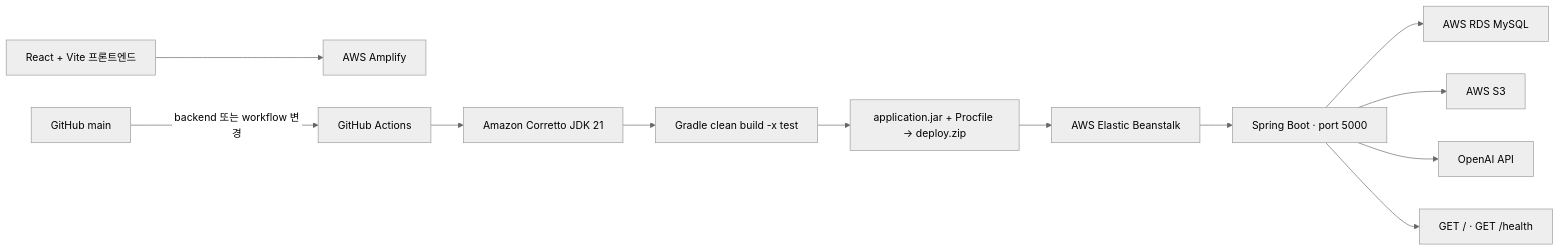
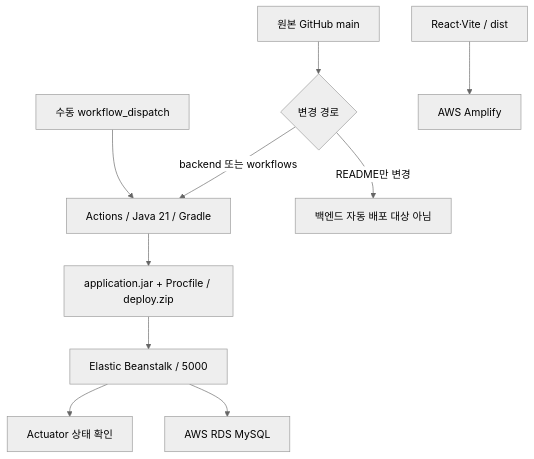
The fifth of 5 diagrams in README.md (junyeong2107/weather-of-the-heart-portfolio), drawn with Mermaid (neutral theme) before and after one commit. The commit also changed other lines of this file and 5 other files, not shown here.

````diff
--- a/README.md
+++ b/README.md
@@ -312,15 +295,12 @@
 ```mermaid
-flowchart LR
-    Frontend["React + Vite 프론트엔드"] --> Amplify["AWS Amplify"]
-
-    Main["GitHub main"] -->|"backend 또는 workflow 변경"| Actions["GitHub Actions"]
-    Actions --> JDK["Amazon Corretto JDK 21"]
-    JDK --> Gradle["Gradle clean build -x test"]
-    Gradle --> Zip["application.jar + Procfile → deploy.zip"]
-    Zip --> EB["AWS Elastic Beanstalk"]
-    EB --> App["Spring Boot · port 5000"]
-    App --> RDS["AWS RDS MySQL"]
-    App --> S3["AWS S3"]
-    App --> AI["OpenAI API"]
-    App --> Health["GET / · GET /health"]
+flowchart TB
+    Main["원본 GitHub main"] --> Change{"변경 경로"}
+    Change -->|"backend 또는 workflows"| Build["Actions / Java 21 / Gradle"]
+    Change -->|"README만 변경"| Docs["백엔드 자동 배포 대상 아님"]
+    Manual["수동 workflow_dispatch"] --> Build
+    Build --> Package["application.jar + Procfile / deploy.zip"]
+    Package --> EB["Elastic Beanstalk / 5000"]
+    EB --> Health["Actuator 상태 확인"]
+    EB --> RDS["AWS RDS MySQL"]
+    Frontend["React·Vite / dist"] --> Amplify["AWS Amplify"]
 ```
````
